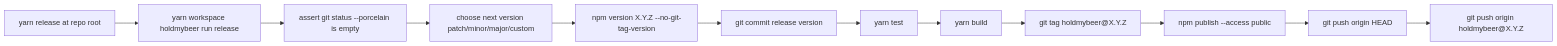
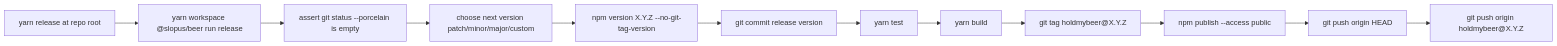
The diagram in doc/release-command.md (ex3ndr/holdmybeer), drawn with Mermaid before and after one commit. The commit also changed 5 other files, not shown here.

Commit message:
chore(package): rename npm package to @slopus/beer

````diff
--- a/doc/release-command.md
+++ b/doc/release-command.md
@@ -7,14 +7,14 @@
 ```mermaid
 flowchart LR
-  A[yarn release at repo root] --> B[yarn workspace holdmybeer run release]
+  A[yarn release at repo root] --> B[yarn workspace @slopus/beer run release]
   B --> C[assert git status --porcelain is empty]
   C --> D[choose next version patch/minor/major/custom]
   D --> E[npm version X.Y.Z --no-git-tag-version]
   E --> F[git commit release version]
   F --> G[yarn test]
   G --> H[yarn build]
   H --> I[git tag holdmybeer@X.Y.Z]
   I --> J[npm publish --access public]
   J --> K[git push origin HEAD]
   K --> L[git push origin holdmybeer@X.Y.Z]
 ```
````
